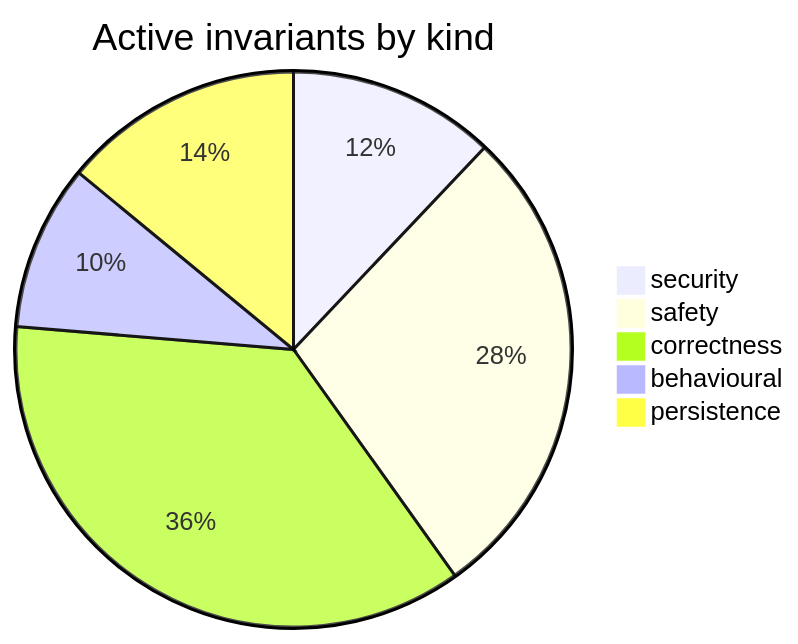
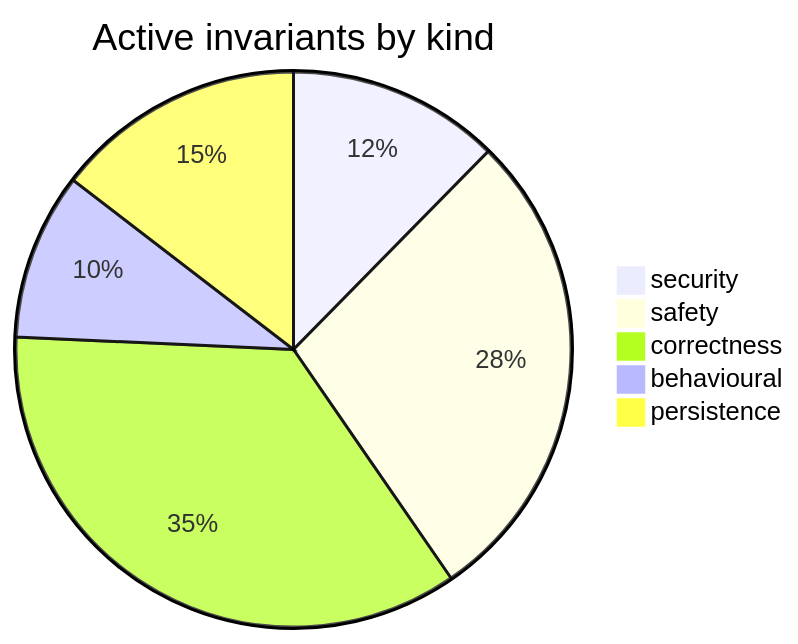
The diagram in docs/requirements-map.md (Lbstrydom/claude-engineering-skills), drawn with Mermaid before and after one commit. The commit also changed other lines of this file and 38 other files, not shown here.

````diff
--- a/docs/requirements-map.md
+++ b/docs/requirements-map.md
@@ -7,8 +7,8 @@
 ```mermaid
 pie title Active invariants by kind
-  "security" : 55
-  "safety" : 128
-  "correctness" : 165
+  "security" : 56
+  "safety" : 127
+  "correctness" : 160
   "behavioural" : 44
-  "persistence" : 64
+  "persistence" : 66
 ```
````
